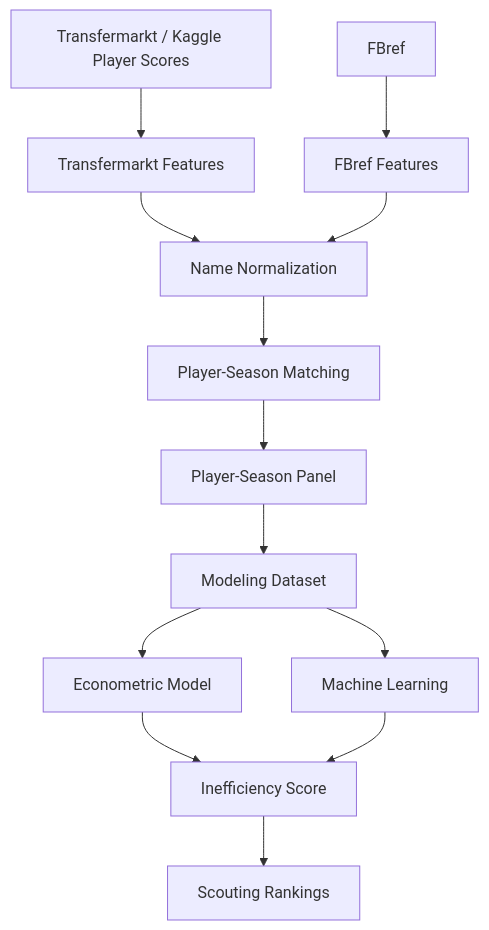
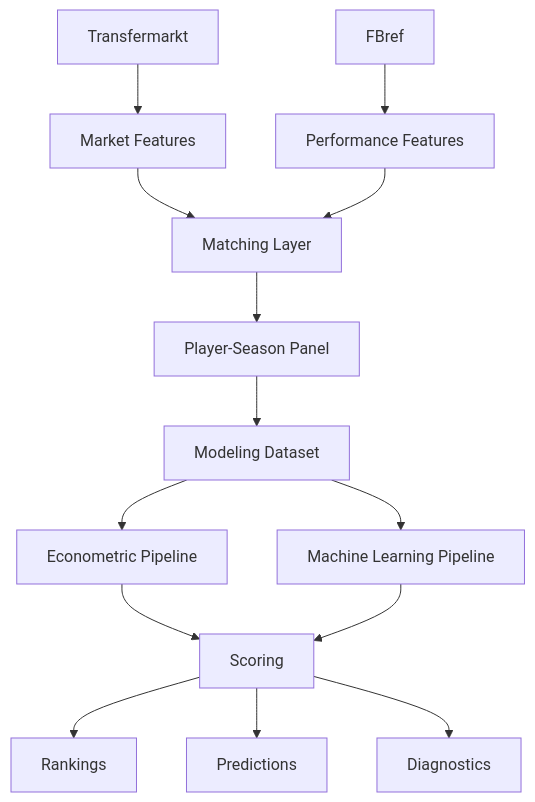
One commit to manuelpeba/market-value-football-tfm changed the diagram in docs/data_sources.md. Above: the diagram before and after it, drawn with Mermaid. The commit also changed other lines of this file and 10 other files, not shown here.

Commit message:
docs: redesign technical documentation for modular analytics architecture

````diff
--- a/docs/data_sources.md
+++ b/docs/data_sources.md
@@ -67,24 +474,24 @@
 ```mermaid
 flowchart TD
 
-A[Transfermarkt / Kaggle Player Scores] --> C[Transfermarkt Features]
+A[Transfermarkt] --> B[Market Features]
 
-B[FBref] --> D[FBref Features]
+C[FBref] --> D[Performance Features]
 
-C --> E[Name Normalization]
+B --> E[Matching Layer]
 D --> E
 
-E --> F[Player-Season Matching]
+E --> F[Player-Season Panel]
 
-F --> G[Player-Season Panel]
+F --> G[Modeling Dataset]
 
-G --> H[Modeling Dataset]
+G --> H[Econometric Pipeline]
+G --> I[Machine Learning Pipeline]
 
-H --> I[Econometric Model]
-H --> J[Machine Learning]
+H --> J[Scoring]
+I --> J
 
-I --> K[Inefficiency Score]
-J --> K
-
-K --> L[Scouting Rankings]
+J --> K[Rankings]
+J --> L[Predictions]
+J --> M[Diagnostics]
 ```
````
